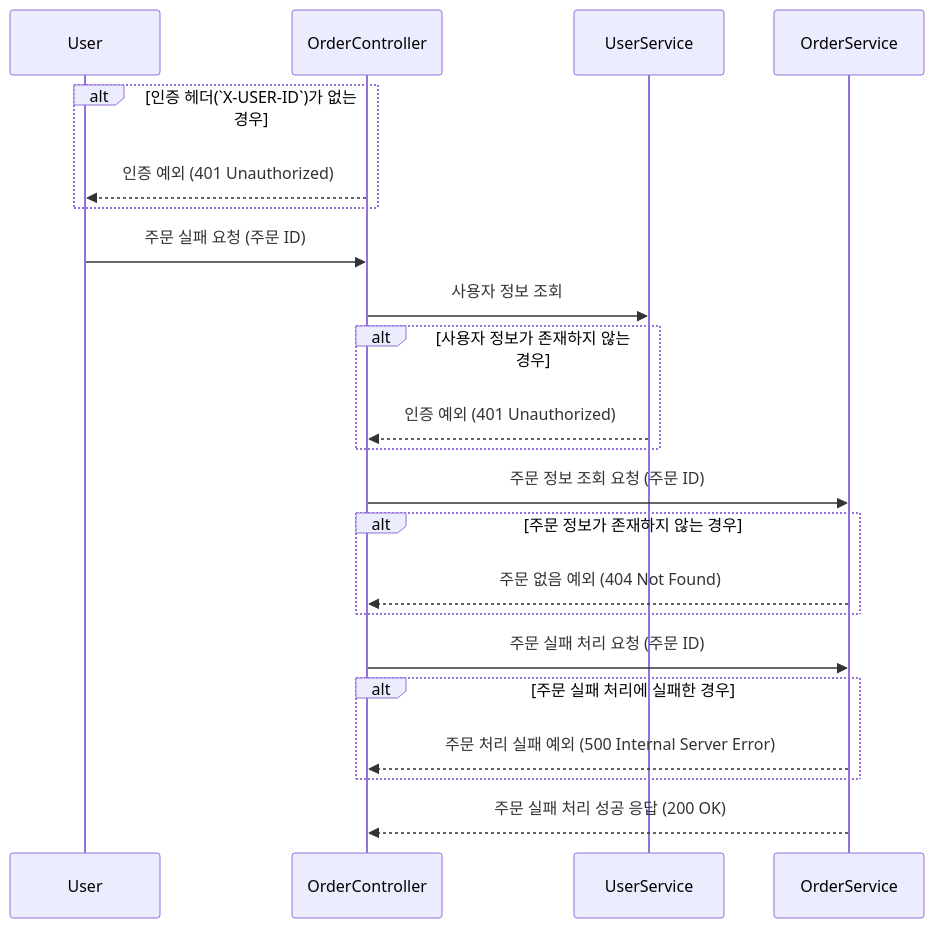
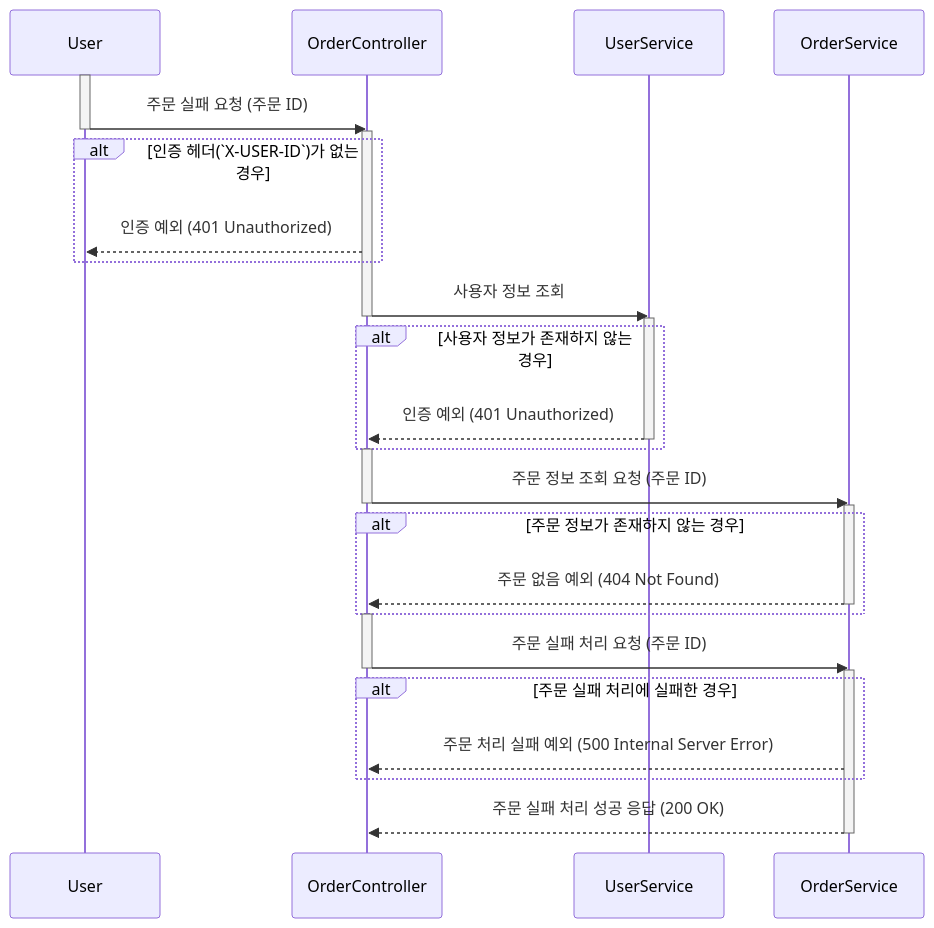
Before and after one commit to kiekk/gamsung-commerce: the fourth of 4 diagrams in docs/design/02-sequence-diagrams/order_payment_v2.md, drawn with Mermaid. The commit also changed other lines of this file and 5 other files, not shown here.

First line of the commit message:
docs: 시퀀스 다이어그램 activate bar 추가

````diff
--- a/docs/design/02-sequence-diagrams/order_payment_v2.md
+++ b/docs/design/02-sequence-diagrams/order_payment_v2.md
@@ -104,24 +156,38 @@
 ```mermaid
 sequenceDiagram
     participant User
     participant OrderController
     participant UserService
     participant OrderService
+    activate User
+    User ->> OrderController: 주문 실패 요청 (주문 ID)
+    deactivate User
+    activate OrderController
     alt 인증 헤더(`X-USER-ID`)가 없는 경우
         OrderController -->> User: 인증 예외 (401 Unauthorized)
     end
-    User ->> OrderController: 주문 실패 요청 (주문 ID)
     OrderController ->> UserService: 사용자 정보 조회
+    deactivate OrderController
+    activate UserService
     alt 사용자 정보가 존재하지 않는 경우
         UserService -->> OrderController: 인증 예외 (401 Unauthorized)
+        deactivate UserService
     end
+    activate OrderController
     OrderController ->> OrderService: 주문 정보 조회 요청 (주문 ID)
+    deactivate OrderController
+    activate OrderService
     alt 주문 정보가 존재하지 않는 경우
         OrderService -->> OrderController: 주문 없음 예외 (404 Not Found)
+        deactivate OrderService
     end
+    activate OrderController
     OrderController ->> OrderService: 주문 실패 처리 요청 (주문 ID)
+    deactivate OrderController
+    activate OrderService
     alt 주문 실패 처리에 실패한 경우
         OrderService -->> OrderController: 주문 처리 실패 예외 (500 Internal Server Error)
     end
     OrderService -->> OrderController: 주문 실패 처리 성공 응답 (200 OK)
+    deactivate OrderService
 ```
````
